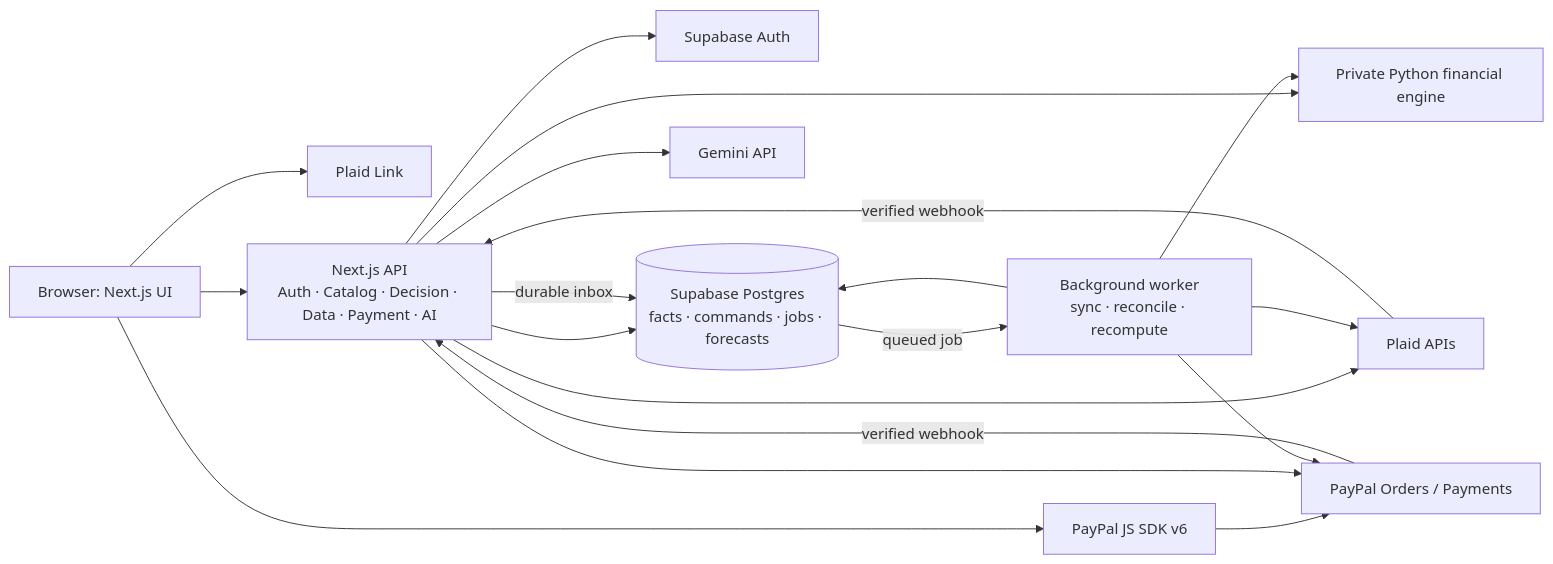
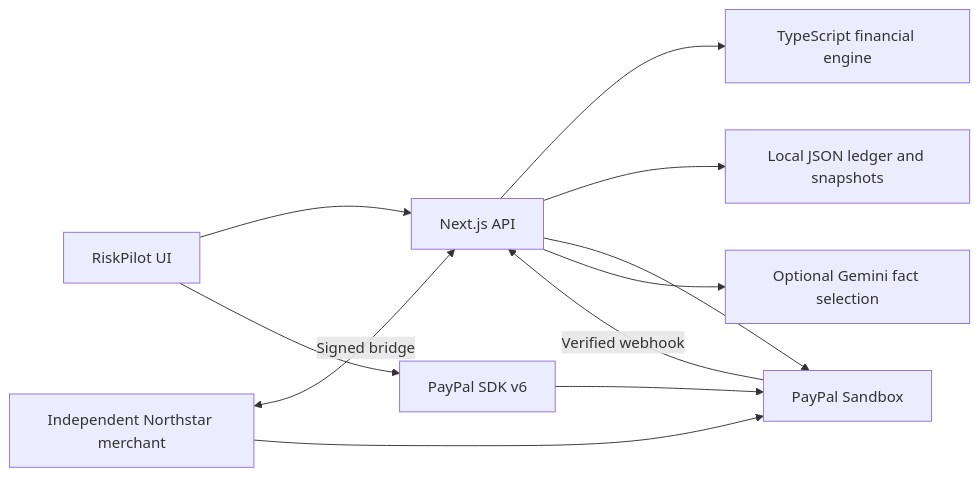
The diagram in README.md (SuyaYang/RiskPilot), drawn with Mermaid before and after one commit. The commit also changed other lines of this file and 3 other files, not shown here.

Commit message:
Document current demo flows and preserve Sheryl architecture roadmap

````diff
--- a/README.md
+++ b/README.md
@@ -50,32 +100,13 @@
 ```mermaid
 flowchart LR
-  Browser["Browser: Next.js UI"]
-  SDK["PayPal JS SDK v6"]
-  Link["Plaid Link"]
-  Web["Next.js API<br/>Auth · Catalog · Decision · Data · Payment · AI"]
-  Auth["Supabase Auth"]
-  DB[("Supabase Postgres<br/>facts · commands · jobs · forecasts")]
-  Engine["Private Python financial engine"]
-  Worker["Background worker<br/>sync · reconcile · recompute"]
-  PayPal["PayPal Orders / Payments"]
-  Plaid["Plaid APIs"]
-  Gemini["Gemini API"]
-
-  Browser --> Web
-  Browser --> SDK --> PayPal
-  Browser --> Link
-  Web --> Auth
-  Web --> DB
-  Web --> Engine
+  Browser[RiskPilot UI] --> Web[Next.js API]
+  Browser --> SDK[PayPal SDK v6]
+  SDK --> PayPal[PayPal Sandbox]
+  Web --> Engine[TypeScript financial engine]
+  Web --> Ledger[Local JSON ledger and snapshots]
   Web --> PayPal
-  Web --> Plaid
-  Web --> Gemini
-  PayPal -->|verified webhook| Web
-  Plaid -->|verified webhook| Web
-  Web -->|durable inbox| DB
-  DB -->|queued job| Worker
-  Worker --> Plaid
-  Worker --> PayPal
-  Worker --> Engine
-  Worker --> DB
+  Web --> Gemini[Optional Gemini fact selection]
+  Northstar[Independent Northstar merchant] <-->|Signed bridge| Web
+  Northstar --> PayPal
+  PayPal -->|Verified webhook| Web
 ```
````
